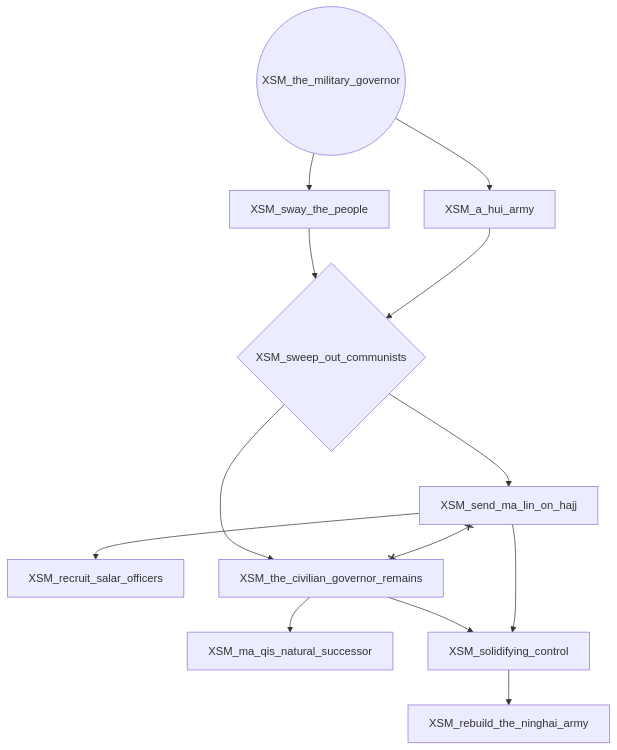
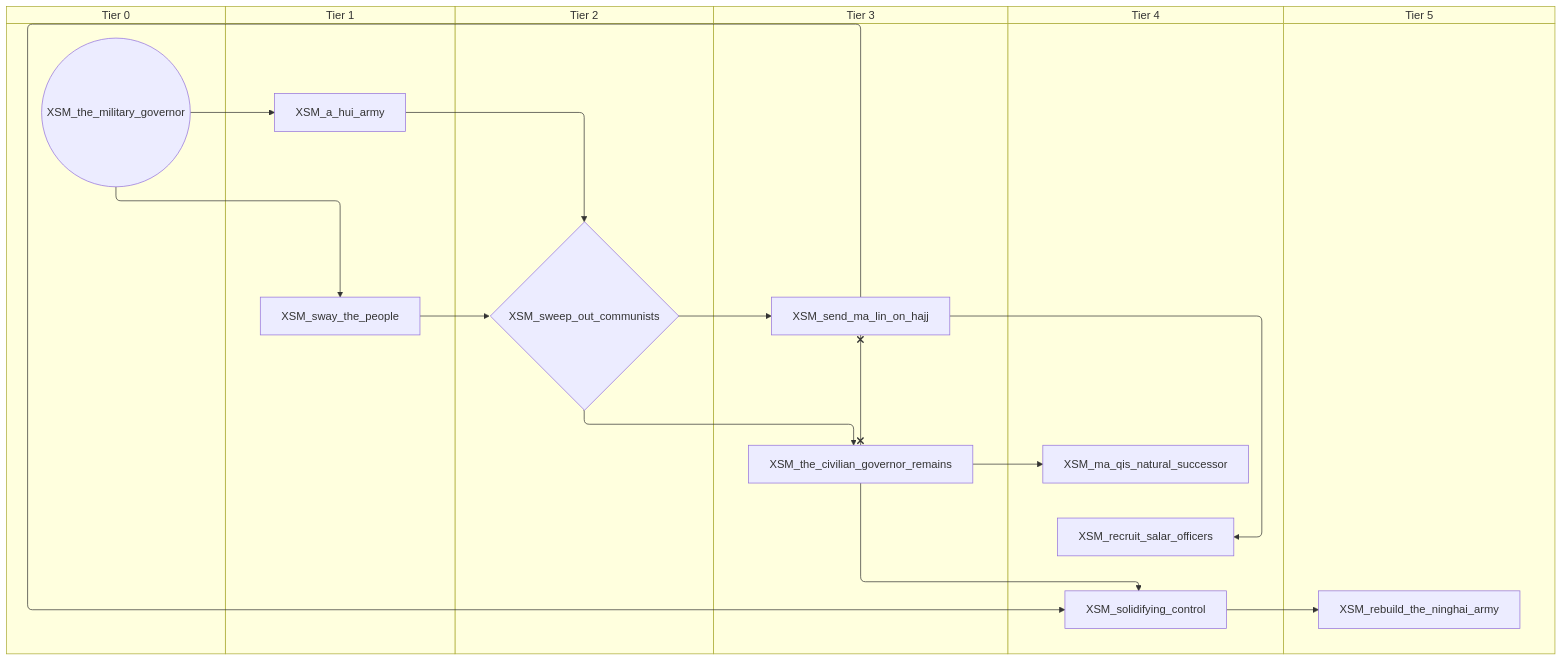
One commit to evgeny-sobol/hoi4-sandbox-mode changed diagram 12 of 13 in docs/gdd/National Focuses/china_warlord_sea.md. Above: the diagram before and after it, drawn with Mermaid. The commit also changed other lines of this file and 80 other files, not shown here.

First line of the commit message:
Add swimlane mode to focus graph exporter

````diff
--- a/docs/gdd/National Focuses/china_warlord_sea.md
+++ b/docs/gdd/National Focuses/china_warlord_sea.md
@@ -460,25 +574,37 @@
 ```mermaid
-flowchart TD
-    n138["XSM_a_hui_army"]
-    n139["XSM_ma_qis_natural_successor"]
-    n140["XSM_rebuild_the_ninghai_army"]
-    n141["XSM_recruit_salar_officers"]
-    n142["XSM_send_ma_lin_on_hajj"]
-    n143["XSM_solidifying_control"]
-    n144["XSM_sway_the_people"]
-    n145{"XSM_sweep_out_communists"}
-    n146["XSM_the_civilian_governor_remains"]
-    n147(("XSM_the_military_governor"))
-    n147 --> n138
-    n146 --> n139
-    n143 --> n140
-    n142 --> n141
-    n145 --> n142
-    n146 --> n143
-    n142 --> n143
-    n147 --> n144
-    n144 --> n145
-    n138 --> n145
-    n145 --> n146
-    n142 x--x n146
+swimlane-beta TD
+    subgraph tier_0["Tier 0"]
+        n138(("XSM_the_military_governor"))
+    end
+    subgraph tier_1["Tier 1"]
+        n139["XSM_a_hui_army"]
+        n140["XSM_sway_the_people"]
+    end
+    subgraph tier_2["Tier 2"]
+        n141{"XSM_sweep_out_communists"}
+    end
+    subgraph tier_3["Tier 3"]
+        n142["XSM_send_ma_lin_on_hajj"]
+        n143["XSM_the_civilian_governor_remains"]
+    end
+    subgraph tier_4["Tier 4"]
+        n144["XSM_ma_qis_natural_successor"]
+        n145["XSM_recruit_salar_officers"]
+        n146["XSM_solidifying_control"]
+    end
+    subgraph tier_5["Tier 5"]
+        n147["XSM_rebuild_the_ninghai_army"]
+    end
+    n138 --> n139
+    n143 --> n144
+    n146 --> n147
+    n142 --> n145
+    n141 --> n142
+    n143 --> n146
+    n142 --> n146
+    n138 --> n140
+    n140 --> n141
+    n139 --> n141
+    n141 --> n143
+    n142 x--x n143
 ```
````
